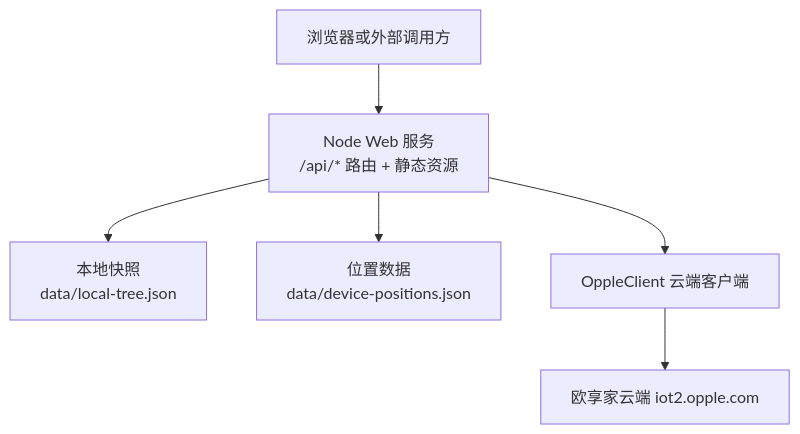
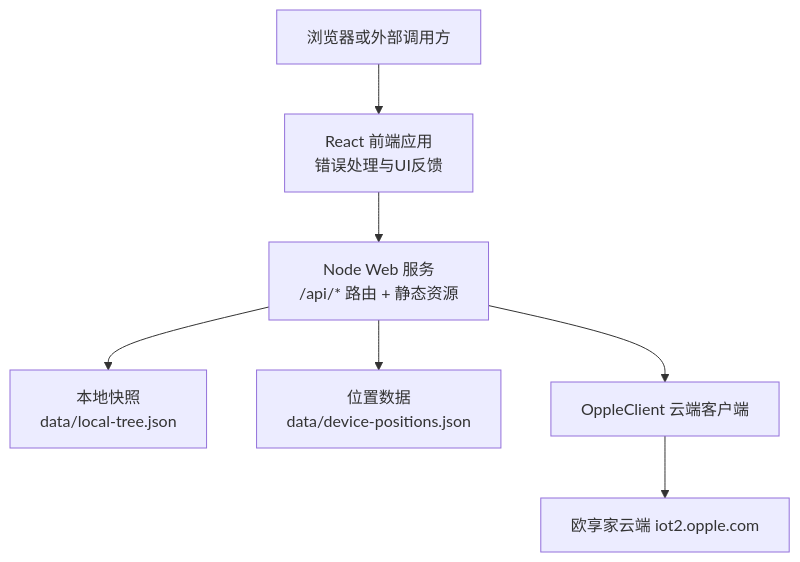
Before and after one commit to zh79325/opple-cloud-adapter: the first of 3 diagrams in .qoder/repowiki/zh/content/API接口文档/错误处理.md, drawn with Mermaid. The commit also changed other lines of this file and 30 other files, not shown here.

````diff
--- a/.qoder/repowiki/zh/content/API接口文档/错误处理.md
+++ b/.qoder/repowiki/zh/content/API接口文档/错误处理.md
@@ -35,8 +45,9 @@
 ```mermaid
 graph TB
-Client["浏览器或外部调用方"] --> Server["Node Web 服务<br/>/api/* 路由 + 静态资源"]
+Client["浏览器或外部调用方"] --> Frontend["React 前端应用<br/>错误处理与UI反馈"]
+Frontend --> Server["Node Web 服务<br/>/api/* 路由 + 静态资源"]
 Server --> LocalCache["本地快照<br/>data/local-tree.json"]
 Server --> PositionFile["位置数据<br/>data/device-positions.json"]
 Server --> OppleClient["OppleClient 云端客户端"]
 OppleClient --> Cloud["欧享家云端 iot2.opple.com"]
 ```
````
